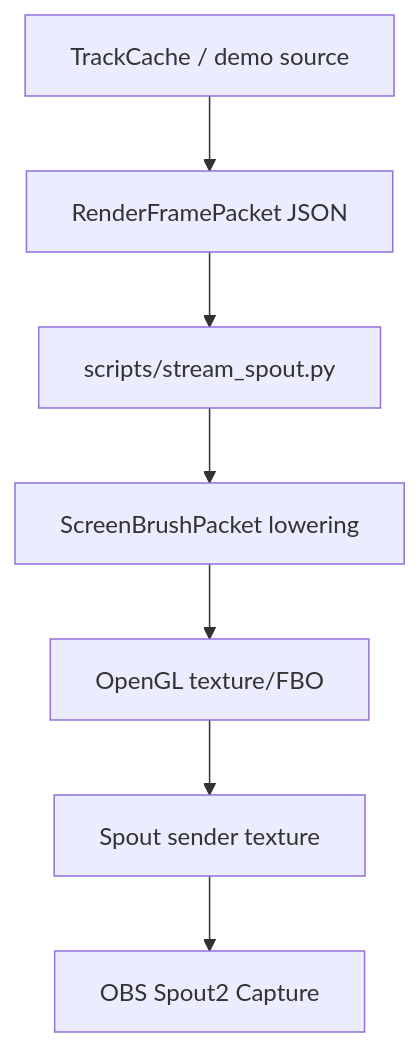
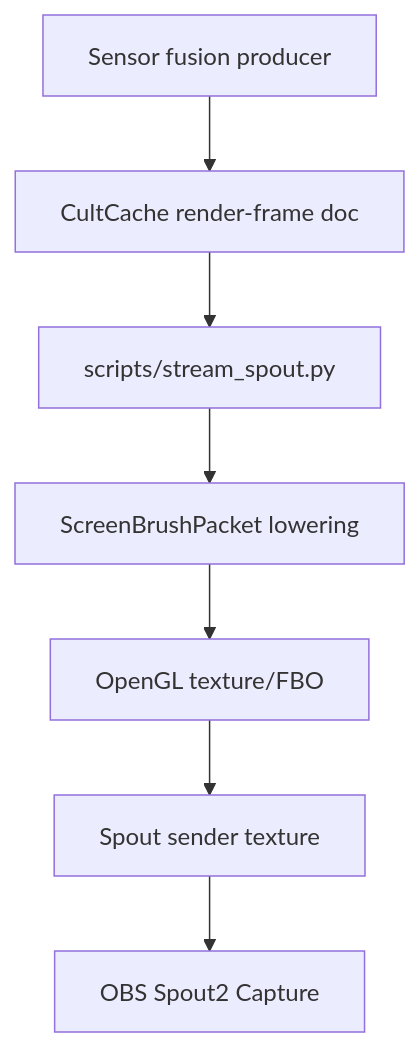
One commit to GameCult/Mimir changed the diagram in docs/obs-spout-streaming.md. Above: the diagram before and after it, drawn with Mermaid. The commit also changed other lines of this file and 13 other files, not shown here.

Commit message:
Add typed visual CultCache pipeline

````diff
--- a/docs/obs-spout-streaming.md
+++ b/docs/obs-spout-streaming.md
@@ -11,9 +11,9 @@
 ```mermaid
 flowchart TD
-    A["TrackCache / demo source"] --> B["RenderFramePacket JSON"]
+    A["Sensor fusion producer"] --> B["CultCache render-frame doc"]
     B --> C["scripts/stream_spout.py"]
     C --> D["ScreenBrushPacket lowering"]
     D --> E["OpenGL texture/FBO"]
     E --> F["Spout sender texture"]
     F --> G["OBS Spout2 Capture"]
 ```
````
